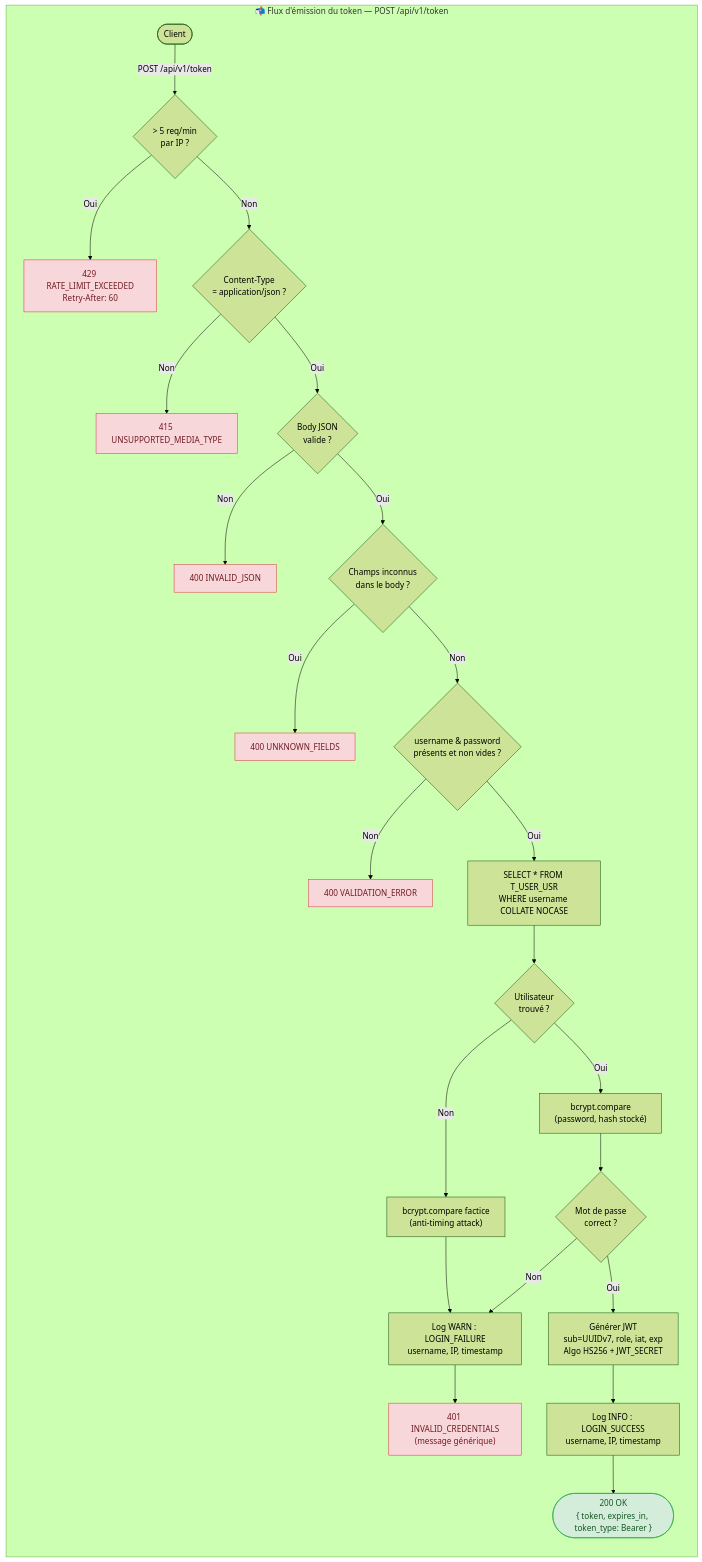
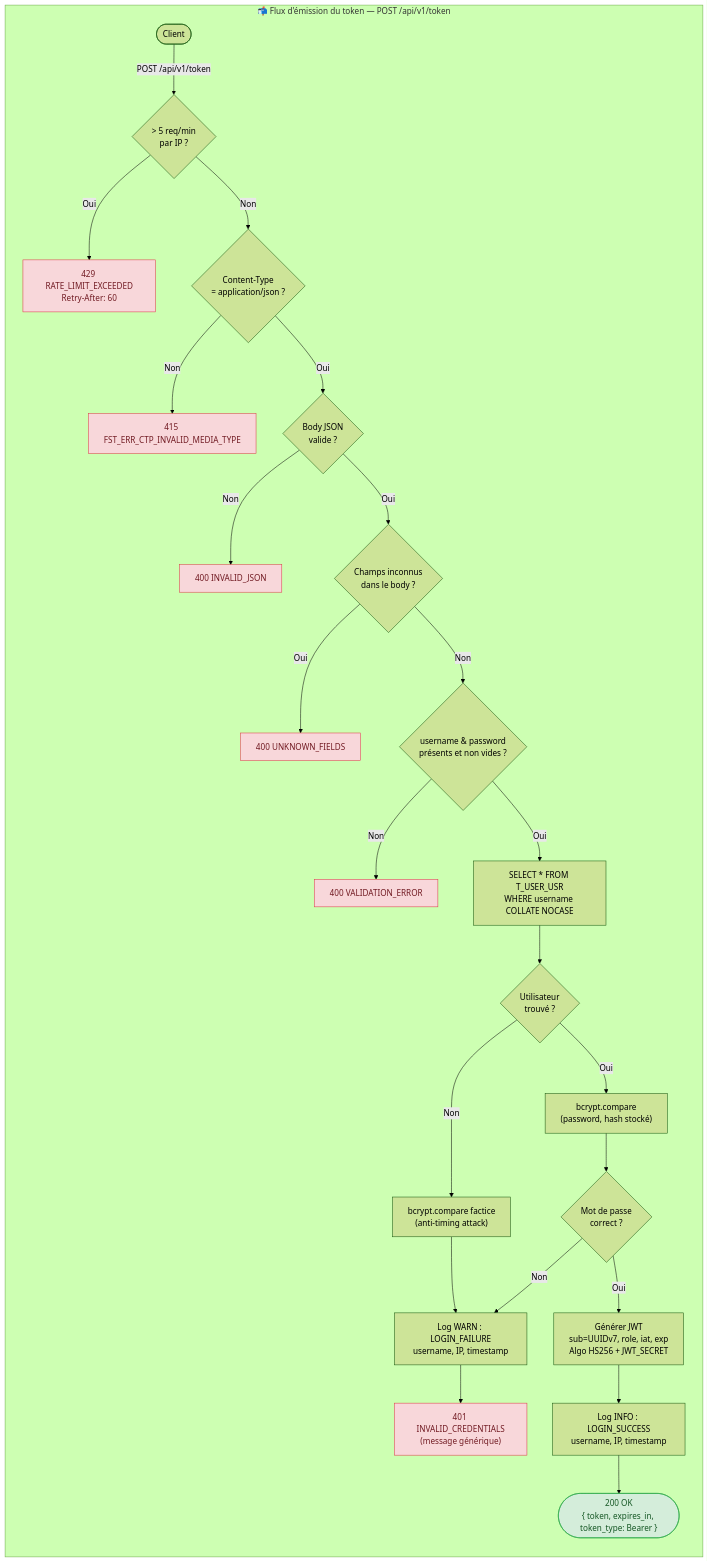
One commit to ODehel/quiz-live-server changed the diagram in docs/specs/diagrams/US-003-authentication-token.mmd. Above: the diagram before and after it, drawn with Mermaid. The commit also changed 18 other files, not shown here.

```diff
--- a/docs/specs/diagrams/US-003-authentication-token.mmd
+++ b/docs/specs/diagrams/US-003-authentication-token.mmd
@@ -1,32 +1,32 @@
 %%{init: {"theme": "forest", "flowchart": {"curve": "basis"}}}%%
 flowchart TD
     subgraph TOKEN["📬 Flux d'émission du token — POST /api/v1/token"]
         direction TB
         REQ(["Client"]) -->|"POST /api/v1/token"| RL
         RL{"> 5 req/min\npar IP ?"}
         RL -->|"Oui"| E429["429 RATE_LIMIT_EXCEEDED\nRetry-After: 60"]
         RL -->|"Non"| CT{"Content-Type\n= application/json ?"}
-        CT -->|"Non"| E415["415 UNSUPPORTED_MEDIA_TYPE"]
+        CT -->|"Non"| E415["415 FST_ERR_CTP_INVALID_MEDIA_TYPE"]
         CT -->|"Oui"| J{"Body JSON\nvalide ?"}
         J -->|"Non"| E400a["400 INVALID_JSON"]
         J -->|"Oui"| UF{"Champs inconnus\ndans le body ?"}
         UF -->|"Oui"| E400b["400 UNKNOWN_FIELDS"]
         UF -->|"Non"| FIELDS{"username & password\nprésents et non vides ?"}
         FIELDS -->|"Non"| E400c["400 VALIDATION_ERROR"]
         FIELDS -->|"Oui"| DB["SELECT * FROM T_USER_USR\nWHERE username COLLATE NOCASE"]
         DB --> UEXIST{"Utilisateur\ntrouvé ?"}
         UEXIST -->|"Non"| FAKE["bcrypt.compare factice\n(anti-timing attack)"]
         FAKE --> LOGFAIL["Log WARN : LOGIN_FAILURE\nusername, IP, timestamp"]
         LOGFAIL --> E401["401 INVALID_CREDENTIALS\n(message générique)"]
         UEXIST -->|"Oui"| BC["bcrypt.compare\n(password, hash stocké)"]
         BC --> MATCH{"Mot de passe\ncorrect ?"}
         MATCH -->|"Non"| LOGFAIL
         MATCH -->|"Oui"| GEN["Générer JWT\nsub=UUIDv7, role, iat, exp\nAlgo HS256 + JWT_SECRET"]
         GEN --> LOGOK["Log INFO : LOGIN_SUCCESS\nusername, IP, timestamp"]
         LOGOK --> OK(["200 OK\n{ token, expires_in, token_type: Bearer }"])
     end
 
     classDef error fill:#f8d7da,stroke:#dc3545,color:#721c24
     classDef success fill:#d4edda,stroke:#28a745,color:#155724
     class E429,E415,E400a,E400b,E400c,E401 error
     class OK success
```
